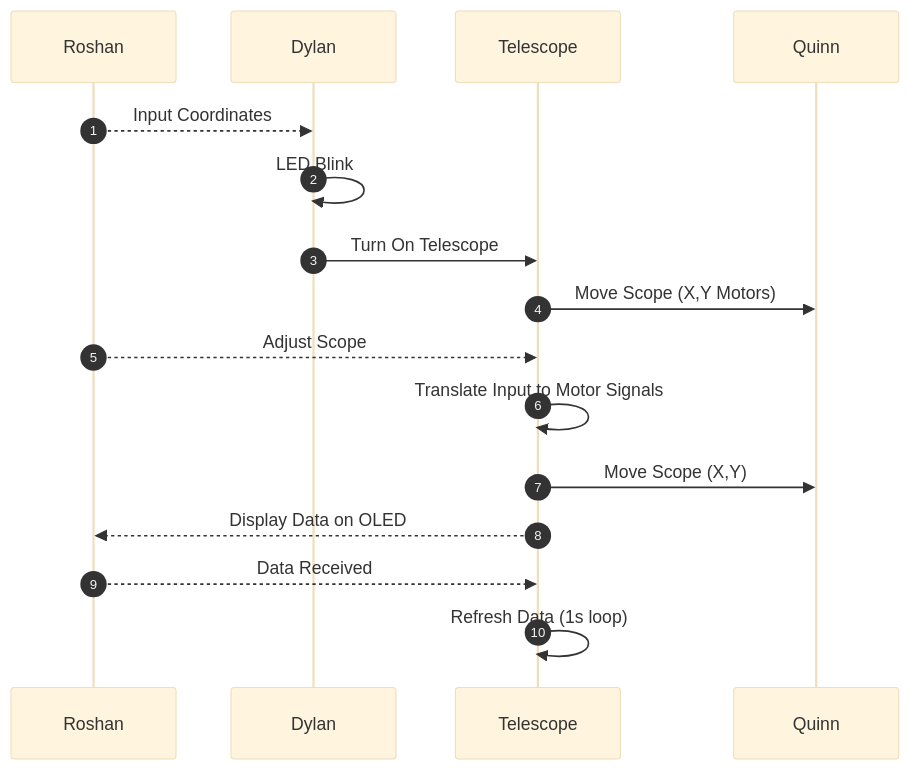
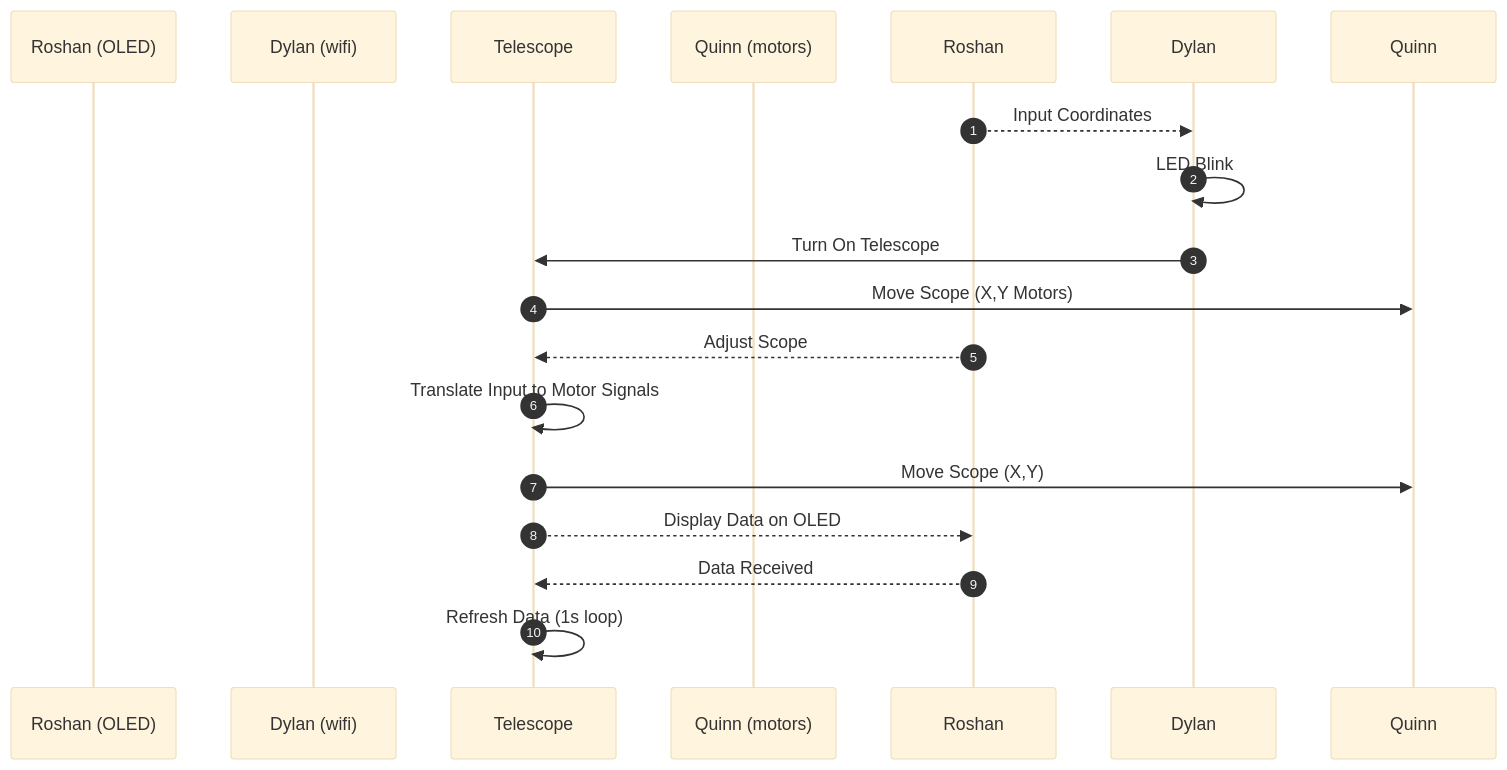
Before and after one commit to EGR314-S-2026-304/EGR314-S-2026-304.github.io: the diagram in docs/04-Team-Diagram.md, drawn with Mermaid (base theme).

````diff
--- a/docs/04-Team-Diagram.md
+++ b/docs/04-Team-Diagram.md
@@ -14,23 +14,23 @@
 ``` mermaid
 sequenceDiagram
   autonumber
 
 
-  participant Roshan
-  participant Dylan
+  participant Roshan (OLED)
+  participant Dylan (wifi)
   participant Telescope
-  participant Quinn
+  participant Quinn (motors)
 
   Roshan-->>Dylan: Input Coordinates
   Dylan->>Dylan: LED Blink
   Dylan->>Telescope: Turn On Telescope
   Telescope->>Quinn: Move Scope (X,Y Motors)
 
   Roshan-->>Telescope: Adjust Scope
   Telescope->>Telescope: Translate Input to Motor Signals
   Telescope->>Quinn: Move Scope (X,Y)
 
   Telescope-->>Roshan: Display Data on OLED
   Roshan-->>Telescope: Data Received
   Telescope->>Telescope: Refresh Data (1s loop)
 ```
````
